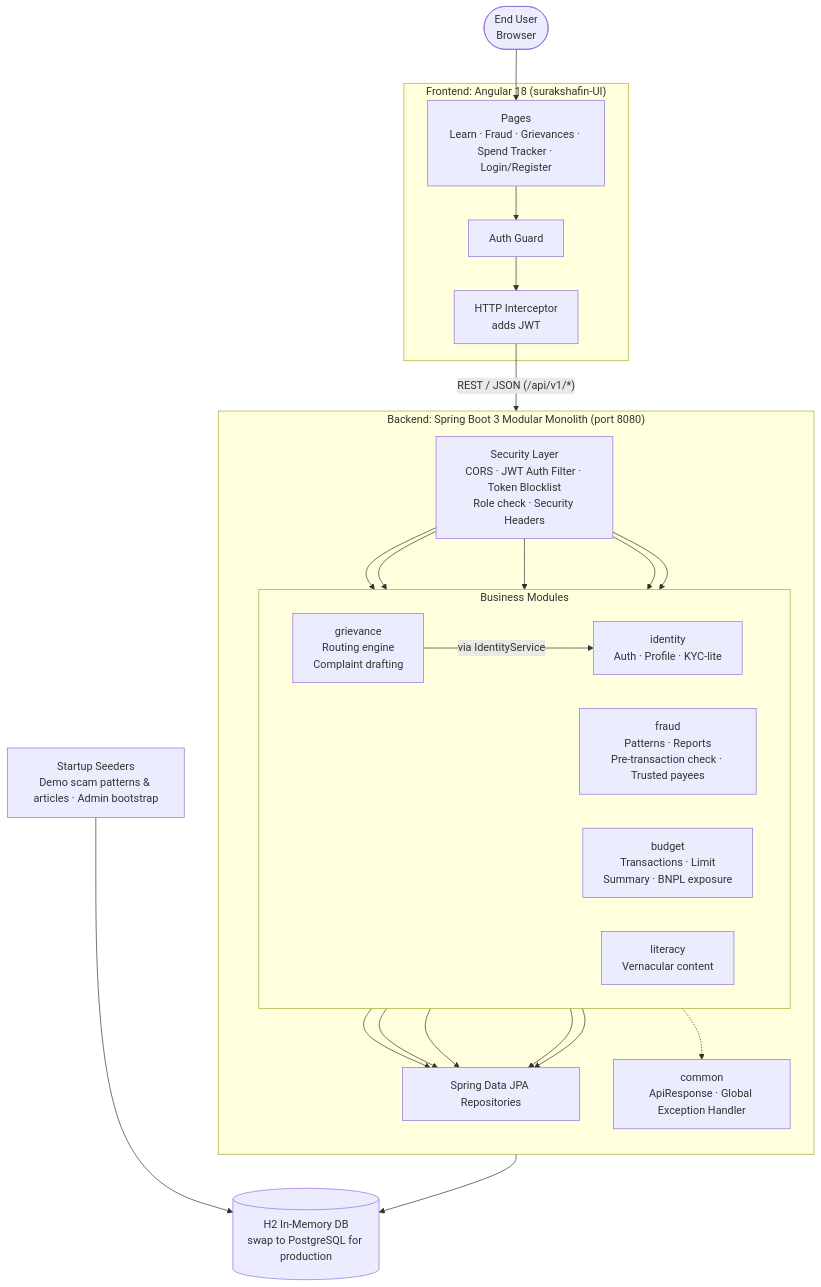
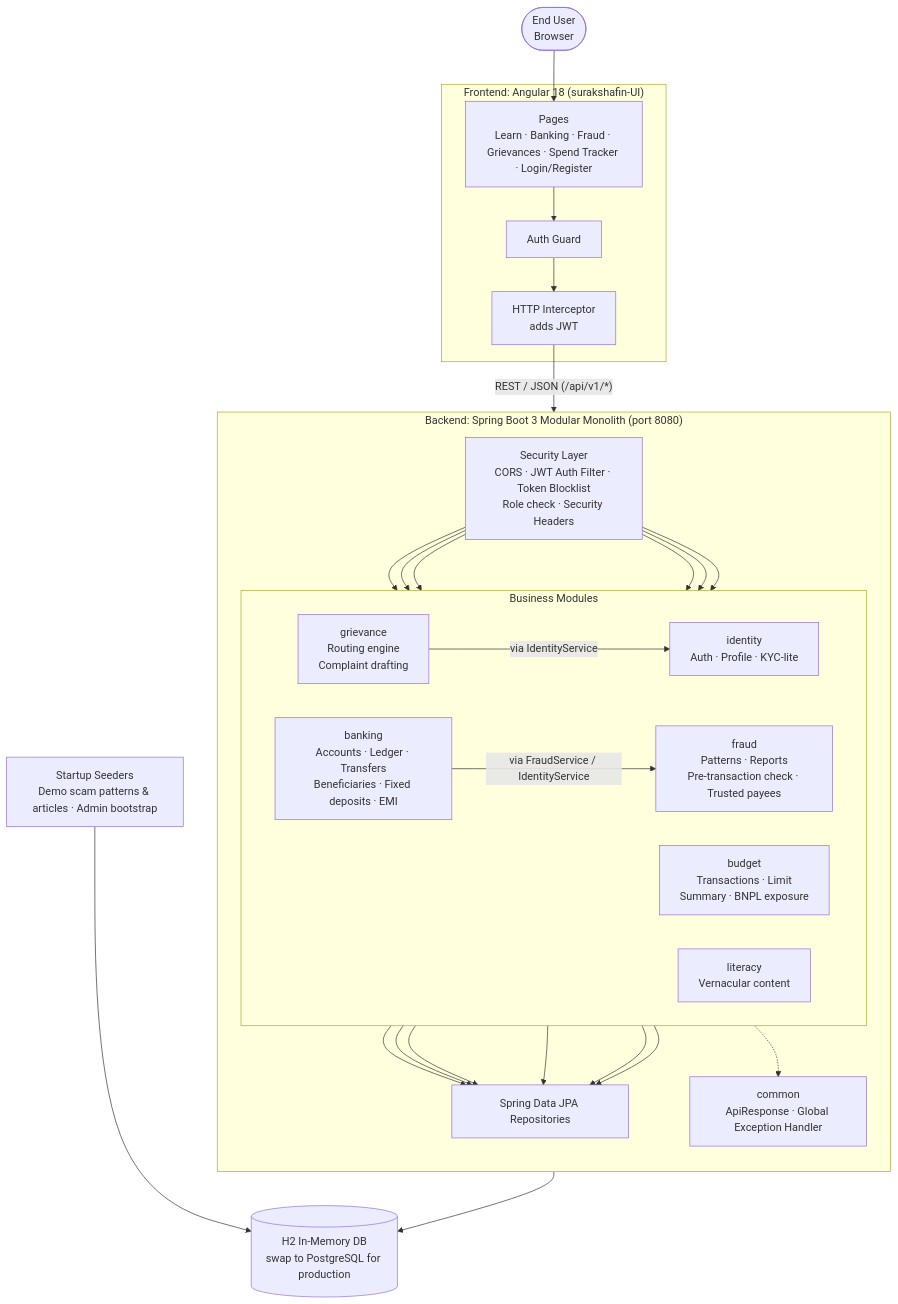
One commit to baluabs6/surakshafin-fullstack changed the first of 3 diagrams in README.md. Above: the diagram before and after it, drawn with Mermaid. The commit also changed other lines of this file and 39 other files, not shown here.

````diff
--- a/README.md
+++ b/README.md
@@ -81,39 +83,41 @@
 ```mermaid
 flowchart TB
     User([End User<br/>Browser]) --> UI
 
     subgraph FE["Frontend: Angular 18 (surakshafin-UI)"]
-        UI[Pages<br/>Learn · Fraud · Grievances · Spend Tracker · Login/Register]
+        UI[Pages<br/>Learn · Banking · Fraud · Grievances · Spend Tracker · Login/Register]
         GUARD[Auth Guard]
         INT[HTTP Interceptor<br/>adds JWT]
         UI --> GUARD --> INT
     end
 
     INT -- "REST / JSON  (/api/v1/*)" --> SEC
 
     subgraph BE["Backend: Spring Boot 3 Modular Monolith (port 8080)"]
         direction TB
         SEC[Security Layer<br/>CORS · JWT Auth Filter · Token Blocklist<br/>Role check · Security Headers]
 
         subgraph MODS["Business Modules"]
             direction LR
             ID[identity<br/>Auth · Profile · KYC-lite]
             FR[fraud<br/>Patterns · Reports<br/>Pre-transaction check · Trusted payees]
             GR[grievance<br/>Routing engine<br/>Complaint drafting]
             BU[budget<br/>Transactions · Limit<br/>Summary · BNPL exposure]
             LI[literacy<br/>Vernacular content]
+            BK[banking<br/>Accounts · Ledger · Transfers<br/>Beneficiaries · Fixed deposits · EMI]
         end
 
-        SEC --> ID & FR & GR & BU & LI
+        SEC --> ID & FR & GR & BU & LI & BK
+        BK -- "via FraudService / IdentityService" --> FR
         GR -- "via IdentityService" --> ID
 
         COMMON[common<br/>ApiResponse · Global Exception Handler]
         MODS -.-> COMMON
 
         JPA[Spring Data JPA Repositories]
-        ID & FR & GR & BU & LI --> JPA
+        ID & FR & GR & BU & LI & BK --> JPA
     end
 
     JPA --> DB[(H2 In-Memory DB<br/>swap to PostgreSQL for production)]
     SEED[Startup Seeders<br/>Demo scam patterns & articles · Admin bootstrap] --> DB
 ```
````
